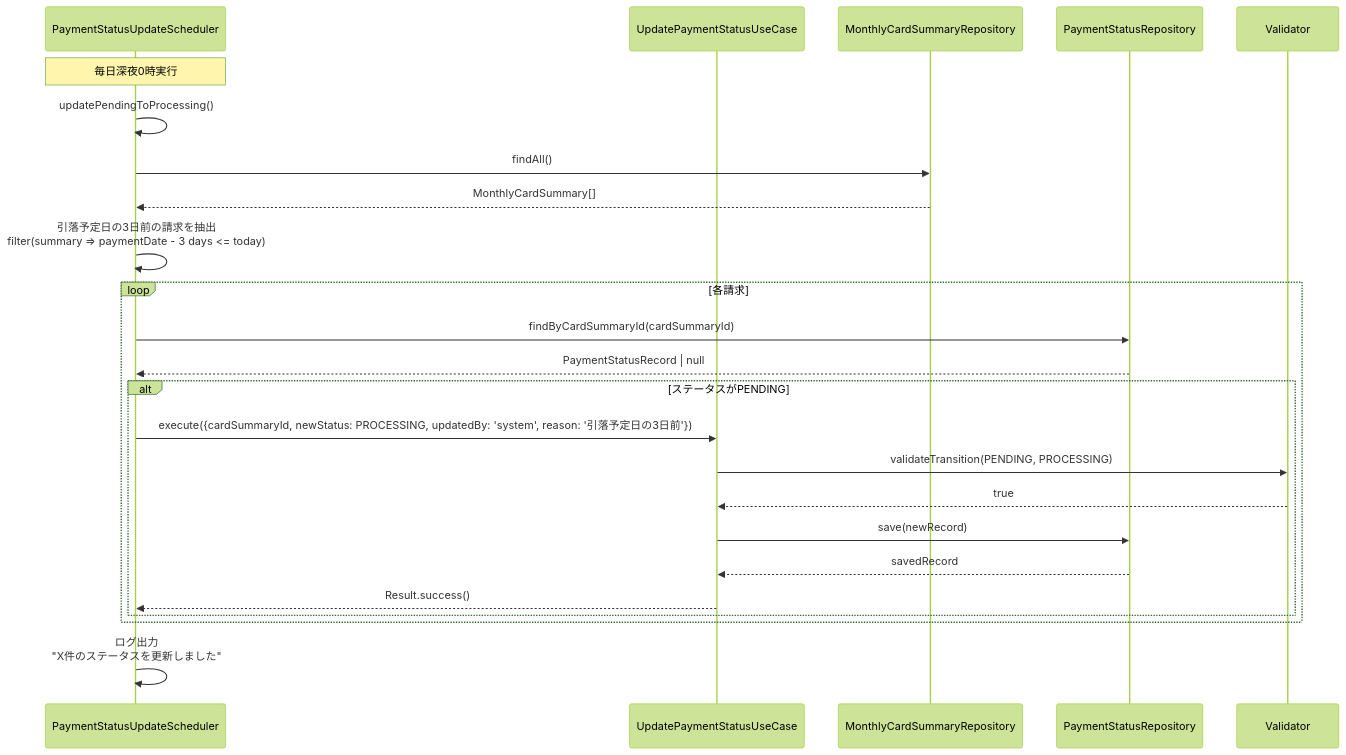
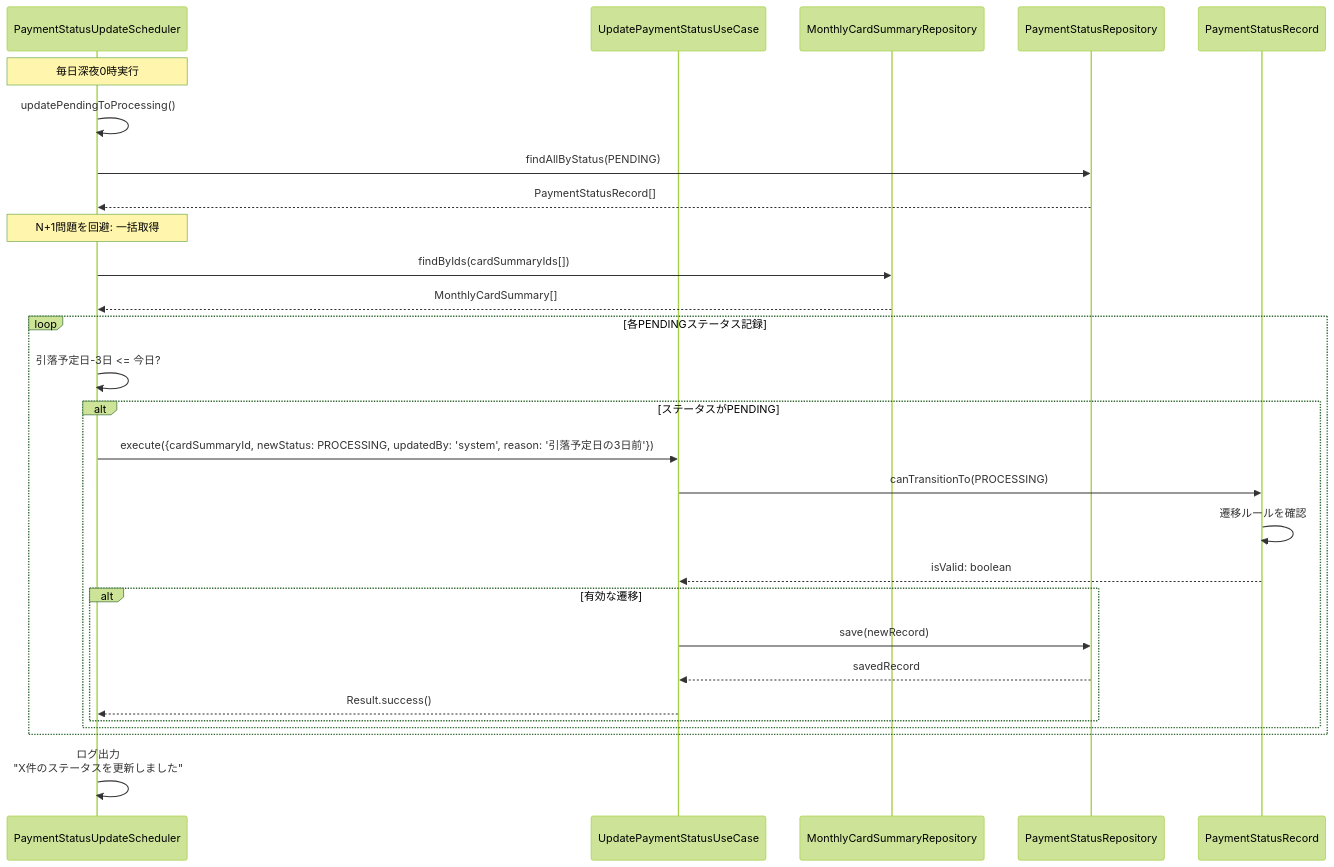
One commit to kencom2400/account-book changed the second of 12 diagrams in docs/detailed-design/FR-014_payment-status-management/sequence-diagrams.md. Above: the diagram before and after it, drawn with Mermaid (forest theme). The commit also changed other lines of this file and 3 other files, not shown here.

````diff
--- a/docs/detailed-design/FR-014_payment-status-management/sequence-diagrams.md
+++ b/docs/detailed-design/FR-014_payment-status-management/sequence-diagrams.md
@@ -154,34 +155,38 @@
 ```mermaid
 sequenceDiagram
     participant Scheduler as PaymentStatusUpdateScheduler
     participant UC as UpdatePaymentStatusUseCase
     participant SummaryRepo as MonthlyCardSummaryRepository
     participant StatusRepo as PaymentStatusRepository
+    participant Entity as PaymentStatusRecord
 
     Note over Scheduler: 毎日深夜0時実行
 
     Scheduler->>Scheduler: updatePendingToProcessing()
-    Scheduler->>SummaryRepo: findAll()
+    Scheduler->>StatusRepo: findAllByStatus(PENDING)
+    StatusRepo-->>Scheduler: PaymentStatusRecord[]
+
+    Note over Scheduler: N+1問題を回避: 一括取得
+    Scheduler->>SummaryRepo: findByIds(cardSummaryIds[])
     SummaryRepo-->>Scheduler: MonthlyCardSummary[]
 
-    Scheduler->>Scheduler: 引落予定日の3日前の請求を抽出<br/>filter(summary => paymentDate - 3 days <= today)
-
-    loop 各請求
-        Scheduler->>StatusRepo: findByCardSummaryId(cardSummaryId)
-        StatusRepo-->>Scheduler: PaymentStatusRecord | null
+    loop 各PENDINGステータス記録
+        Scheduler->>Scheduler: 引落予定日-3日 <= 今日?
 
         alt ステータスがPENDING
             Scheduler->>UC: execute({cardSummaryId, newStatus: PROCESSING, updatedBy: 'system', reason: '引落予定日の3日前'})
 
-            UC->>Validator: validateTransition(PENDING, PROCESSING)
-            Validator-->>UC: true
+            UC->>Entity: canTransitionTo(PROCESSING)
+            Entity->>Entity: 遷移ルールを確認
+            Entity-->>UC: isValid: boolean
 
-            UC->>StatusRepo: save(newRecord)
-            StatusRepo-->>UC: savedRecord
-
-            UC-->>Scheduler: Result.success()
+            alt 有効な遷移
+                UC->>StatusRepo: save(newRecord)
+                StatusRepo-->>UC: savedRecord
+                UC-->>Scheduler: Result.success()
+            end
         end
     end
 
     Scheduler->>Scheduler: ログ出力<br/>"X件のステータスを更新しました"
 ```
````
